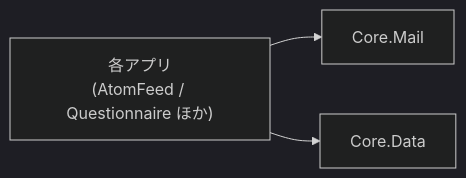
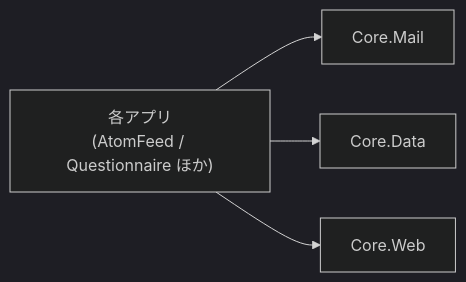
The diagram in _documents/コア化の方針.md (vehiclevisionjp/VehicleVision.PleasanterTools.Core), drawn with Mermaid (dark theme) before and after one commit. The commit also changed other lines of this file and 20 other files, not shown here.

First line of the commit message:
Core.Web を新設し、Pleasanter のログインの本人確認（PleasanterSessionVerifier）を移す (#75)

````diff
--- a/_documents/コア化の方針.md
+++ b/_documents/コア化の方針.md
@@ -49,5 +49,6 @@
 ```mermaid
 flowchart LR
     App["各アプリ<br/>(AtomFeed / Questionnaire ほか)"] --> Mail["Core.Mail"]
     App --> Data["Core.Data"]
+    App --> Web["Core.Web"]
 ```
````
